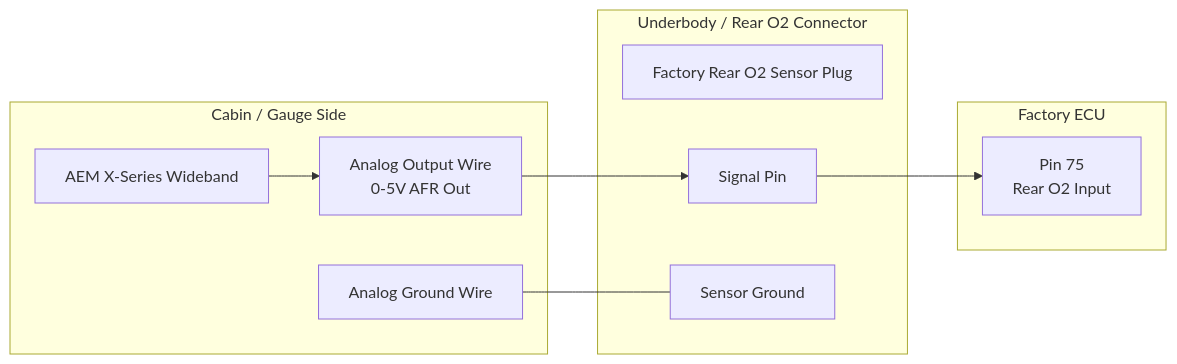
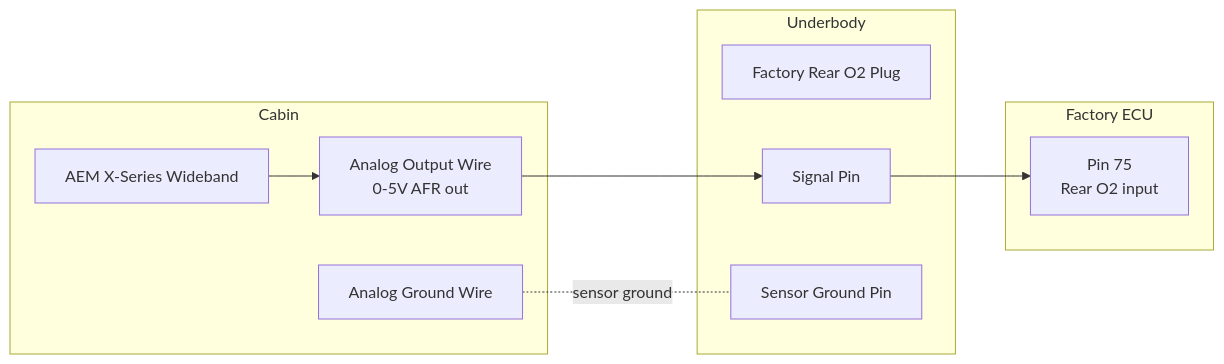
The second of 3 diagrams in cars/2003-evo-viii/docs/modifications/truboost-ecu-wiring.md (got-gutch/got-gutch-evolution), drawn with Mermaid before and after one commit. The commit also changed other lines of this file, not shown here.

Commit message:
Refactor wiring diagrams for AEM Tru-Boost and Wideband integration; improve clarity and formatting

````diff
--- a/cars/2003-evo-viii/docs/modifications/truboost-ecu-wiring.md
+++ b/cars/2003-evo-viii/docs/modifications/truboost-ecu-wiring.md
@@ -59,21 +59,21 @@
 ```mermaid
 flowchart LR
-    subgraph Cabin[Cabin / Gauge Side]
+    subgraph CABIN[Cabin]
         WB[AEM X-Series Wideband]
-        WBO[Analog Output Wire\n0-5V AFR Out]
+        WBO[Analog Output Wire<br/>0-5V AFR out]
         WBG[Analog Ground Wire]
     end
 
-    subgraph EngineBay[Underbody / Rear O2 Connector]
-        O2[Factory Rear O2 Sensor Plug]
+    subgraph ENGINE[Underbody]
+        O2[Factory Rear O2 Plug]
         O2_SIG[Signal Pin]
-        O2_GND[Sensor Ground]
+        O2_GND[Sensor Ground Pin]
     end
 
     subgraph ECU[Factory ECU]
-        P75[Pin 75\nRear O2 Input]
+        P75[Pin 75<br/>Rear O2 input]
     end
 
     WB --> WBO --> O2_SIG --> P75
-    WBG --- O2_GND
+    WBG -. sensor ground .- O2_GND
 ```
````
